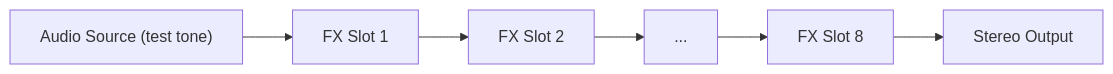
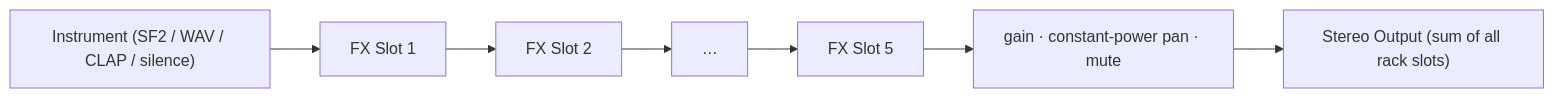
One commit to jacodelia/choz changed the fifth of 8 diagrams in docs/architecture.md. Above: the diagram before and after it, drawn with Mermaid. The commit also changed other lines of this file and 3 other files, not shown here.

````diff
--- a/docs/architecture.md
+++ b/docs/architecture.md
@@ -182,15 +241,12 @@
 ```mermaid
 flowchart LR
-    SRC["Audio Source (test tone)"]
+    SRC["Instrument (SF2 / WAV / CLAP / silence)"]
     FX1["FX Slot 1"]
     FX2["FX Slot 2"]
-    FXn["..."]
-    FX8["FX Slot 8"]
-    OUT["Stereo Output"]
+    FXn["…"]
+    FX5["FX Slot 5"]
+    MIX["gain · constant-power pan · mute"]
+    OUT["Stereo Output (sum of all rack slots)"]
 
-    SRC --> FX1
-    FX1 --> FX2
-    FX2 --> FXn
-    FXn --> FX8
-    FX8 --> OUT
+    SRC --> FX1 --> FX2 --> FXn --> FX5 --> MIX --> OUT
 ```
````
